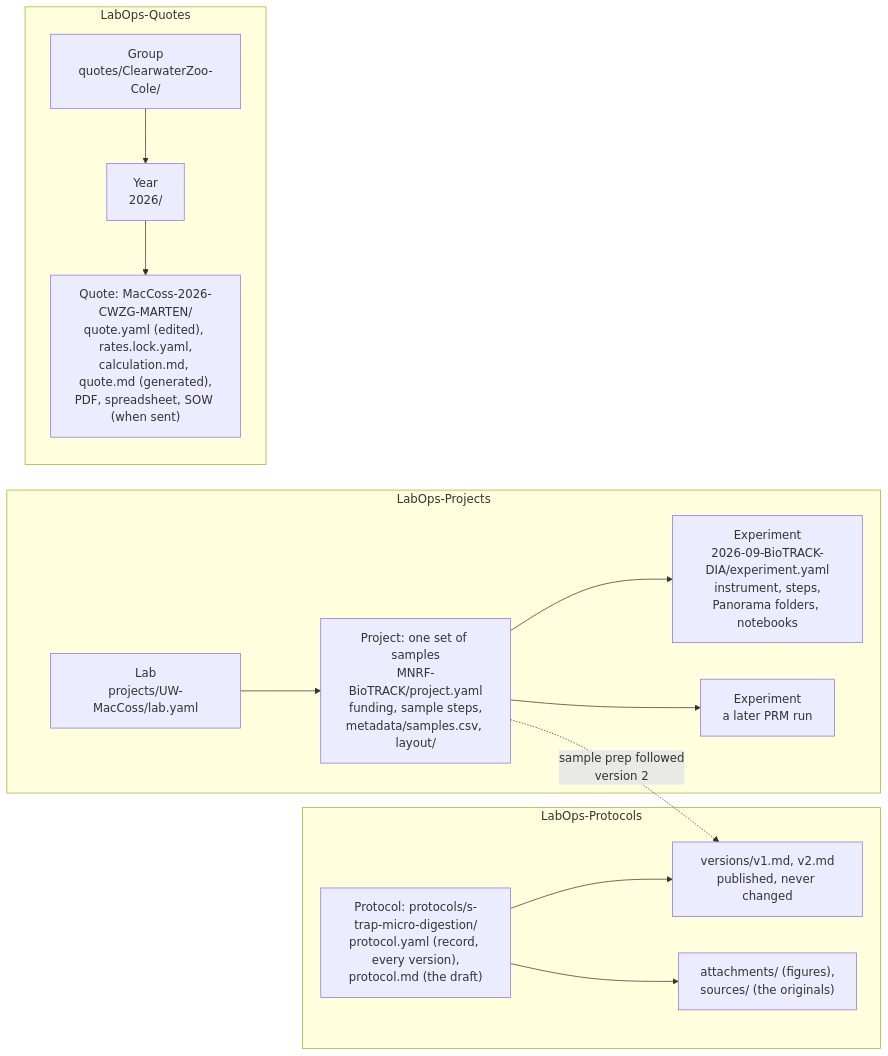
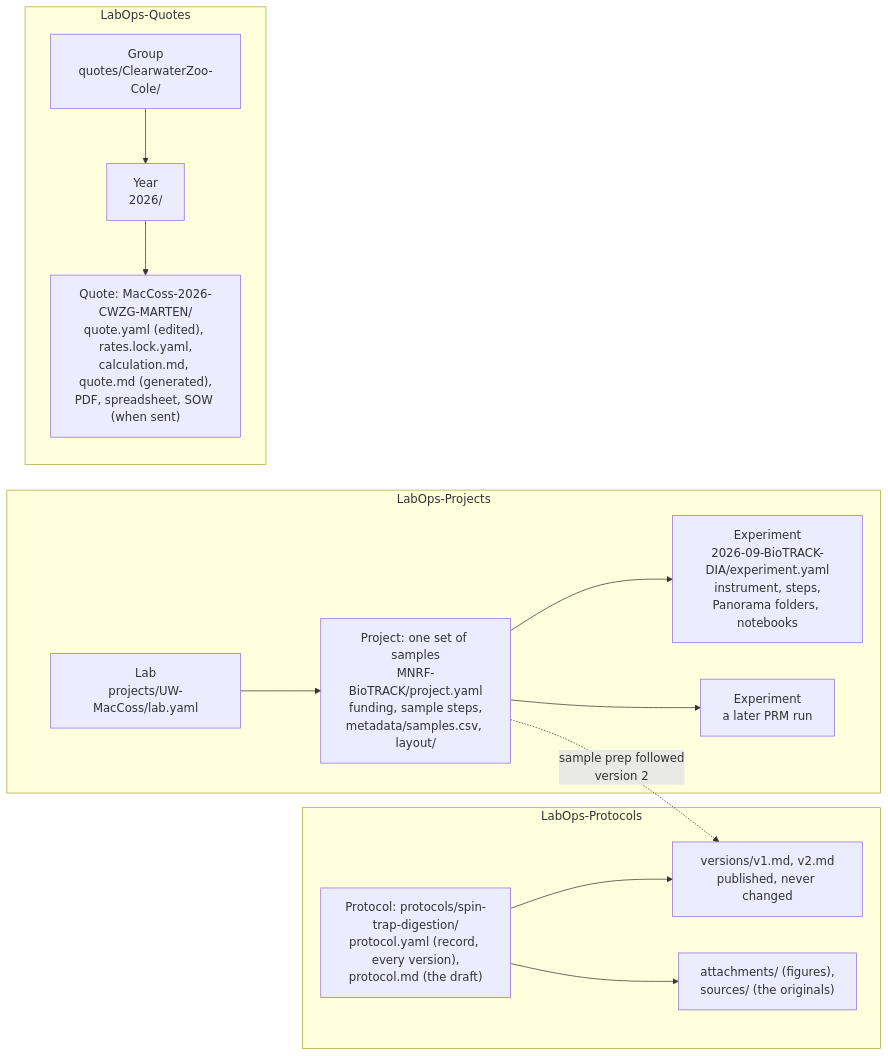
The fifth of 6 diagrams in docs/architecture.md (uw-maccosslab/LabOps), drawn with Mermaid before and after one commit. The commit also changed 22 other files, not shown here.

````diff
--- a/docs/architecture.md
+++ b/docs/architecture.md
@@ -238,29 +238,29 @@
 ```mermaid
 flowchart LR
     subgraph labProjects["LabOps-Projects"]
         lab["Lab<br/>projects/UW-MacCoss/lab.yaml"]
         project["Project: one set of samples<br/>MNRF-BioTRACK/project.yaml<br/>funding, sample steps,<br/>metadata/samples.csv, layout/"]
         dia["Experiment<br/>2026-09-BioTRACK-DIA/experiment.yaml<br/>instrument, steps,<br/>Panorama folders, notebooks"]
         prm["Experiment<br/>a later PRM run"]
         lab --> project
         project --> dia
         project --> prm
     end
 
     subgraph servicesQuotes["LabOps-Quotes"]
         group["Group<br/>quotes/ClearwaterZoo-Cole/"]
         year["Year<br/>2026/"]
         quote["Quote: MacCoss-2026-CWZG-MARTEN/<br/>quote.yaml (edited), rates.lock.yaml,<br/>calculation.md, quote.md (generated),<br/>PDF, spreadsheet, SOW (when sent)"]
         group --> year --> quote
     end
 
     subgraph labProtocols["LabOps-Protocols"]
-        protocol["Protocol: protocols/s-trap-micro-digestion/<br/>protocol.yaml (record, every version),<br/>protocol.md (the draft)"]
+        protocol["Protocol: protocols/spin-trap-digestion/<br/>protocol.yaml (record, every version),<br/>protocol.md (the draft)"]
         versions["versions/v1.md, v2.md<br/>published, never changed"]
         files["attachments/ (figures),<br/>sources/ (the originals)"]
         protocol --> versions
         protocol --> files
     end
 
     project -. "sample prep followed<br/>version 2" .-> versions
 ```
````
